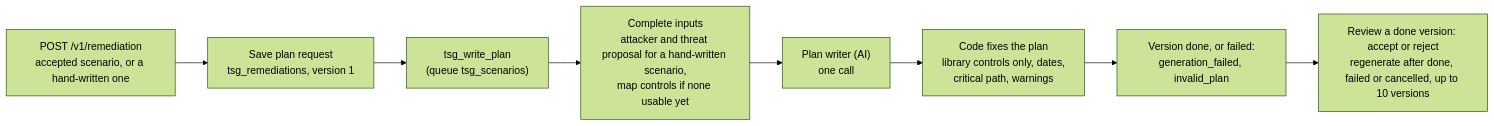
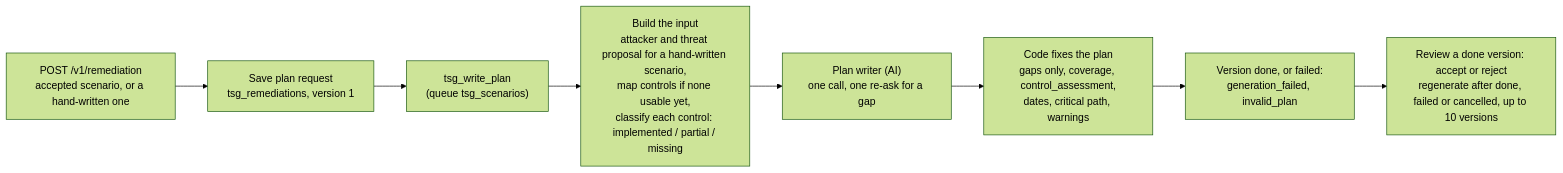
One commit to gopalchettri/cii changed diagram 12 of 13 in docs/TSG_END_TO_END_FLOW.md. Above: the diagram before and after it, drawn with Mermaid (forest theme). The commit also changed other lines of this file and 16 other files, not shown here.

````diff
--- a/docs/TSG_END_TO_END_FLOW.md
+++ b/docs/TSG_END_TO_END_FLOW.md
@@ -3523,10 +3523,10 @@
 ```mermaid
 flowchart LR
     RQ["POST /v1/remediation<br/>accepted scenario, or a hand-written one"] --> SV["Save plan request<br/>tsg_remediations, version 1"]
     SV --> JB["tsg_write_plan<br/>(queue tsg_scenarios)"]
-    JB --> IN["Complete inputs<br/>attacker and threat proposal for a hand-written scenario,<br/>map controls if none usable yet"]
-    IN --> AIP["Plan writer (AI)<br/>one call"]
-    AIP --> FIX["Code fixes the plan<br/>library controls only, dates,<br/>critical path, warnings"]
+    JB --> IN["Build the input<br/>attacker and threat proposal for a hand-written scenario,<br/>map controls if none usable yet,<br/>classify each control: implemented / partial / missing"]
+    IN --> AIP["Plan writer (AI)<br/>one call, one re-ask for a gap"]
+    AIP --> FIX["Code fixes the plan<br/>gaps only, coverage, control_assessment,<br/>dates, critical path, warnings"]
     FIX --> VD["Version done, or failed:<br/>generation_failed, invalid_plan"]
     VD --> RV["Review a done version: accept or reject<br/>regenerate after done, failed or cancelled, up to 10 versions"]
 ```
````
